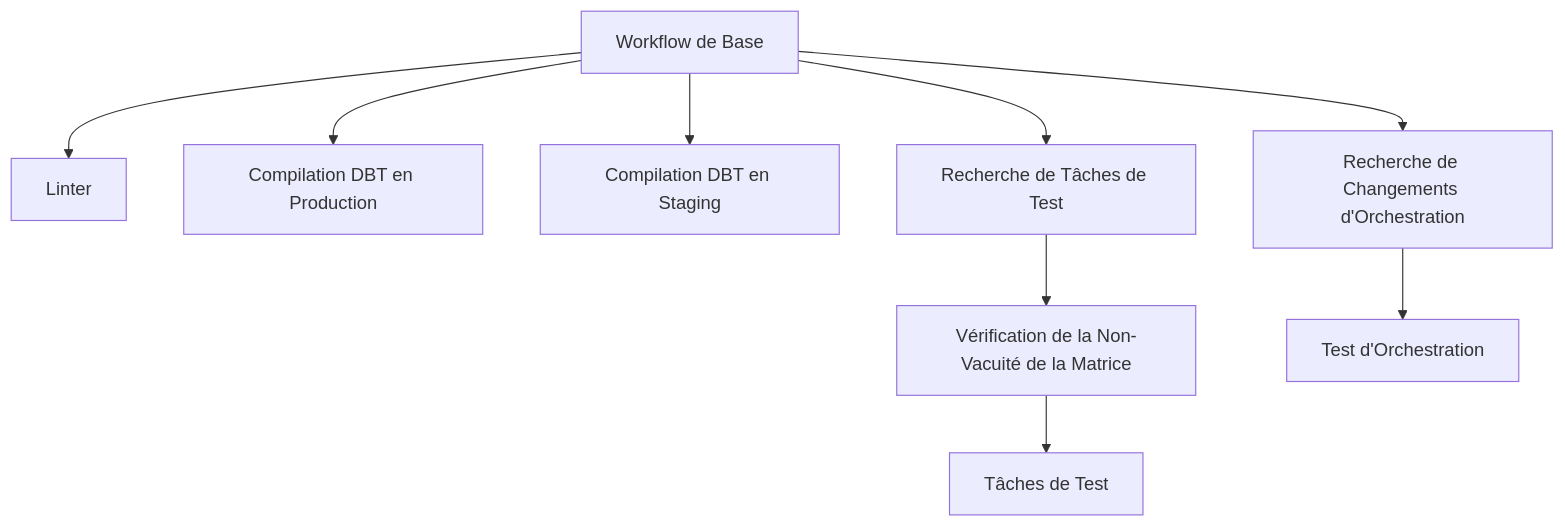
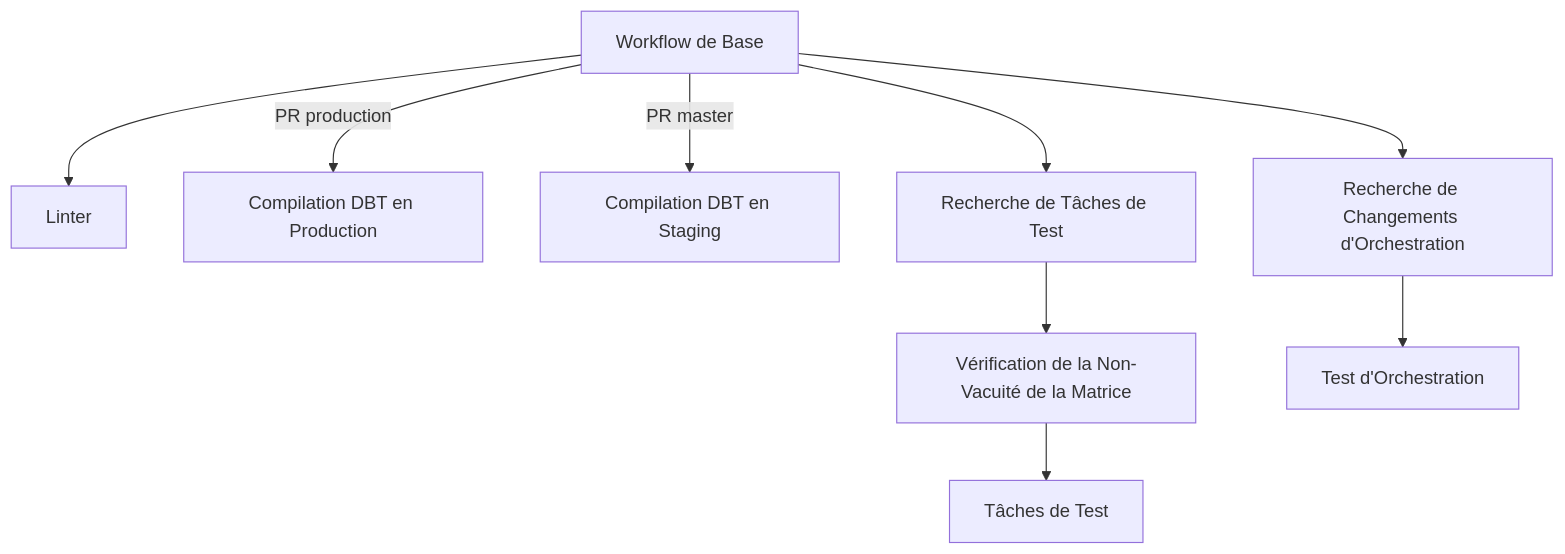
One commit to pass-culture/data-gcp changed the first of 2 diagrams in README.md. Above: the diagram before and after it, drawn with Mermaid. The commit also changed other lines of this file, not shown here.

````diff
--- a/README.md
+++ b/README.md
@@ -154,11 +154,11 @@
 ```mermaid
 graph TD;
     A[Workflow de Base] --> B[Linter]
-    A[Workflow de Base] --> C[Compilation DBT en Production]
-    A[Workflow de Base] --> D[Compilation DBT en Staging]
-    A[Workflow de Base] --> E[Recherche de Tâches de Test]
-    E[Recherche de Tâches de Test] --> F[Vérification de la Non-Vacuité de la Matrice]
-    F[Vérification de la Non-Vacuité de la Matrice] --> G[Tâches de Test]
-    A[Workflow de Base] --> H[Recherche de Changements d'Orchestration]
-    H[Recherche de Changements d'Orchestration] --> I[Test d'Orchestration]
+    A -->|PR production| C[Compilation DBT en Production]
+    A -->|PR master| D[Compilation DBT en Staging]
+    A --> E[Recherche de Tâches de Test]
+    E --> F[Vérification de la Non-Vacuité de la Matrice]
+    F --> G[Tâches de Test]
+    A --> H[Recherche de Changements d'Orchestration]
+    H --> I[Test d'Orchestration]
 ```
````
